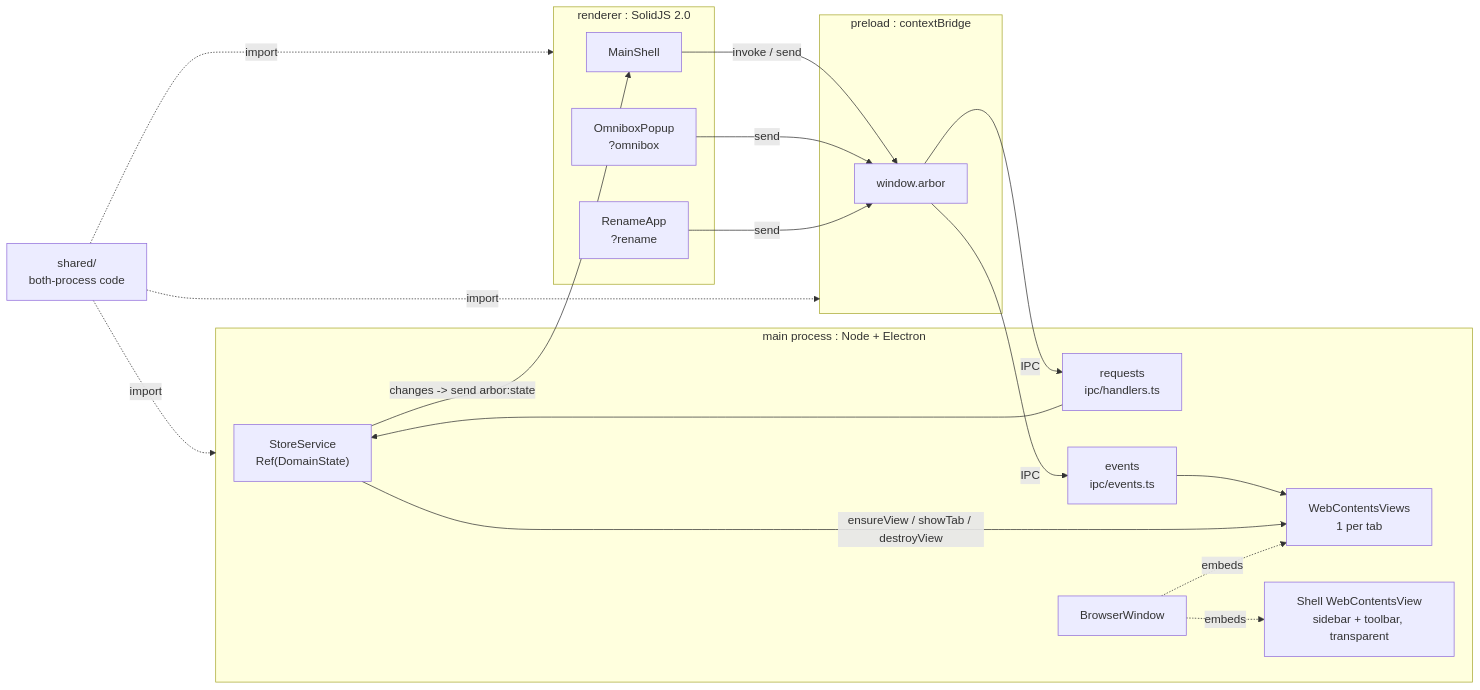
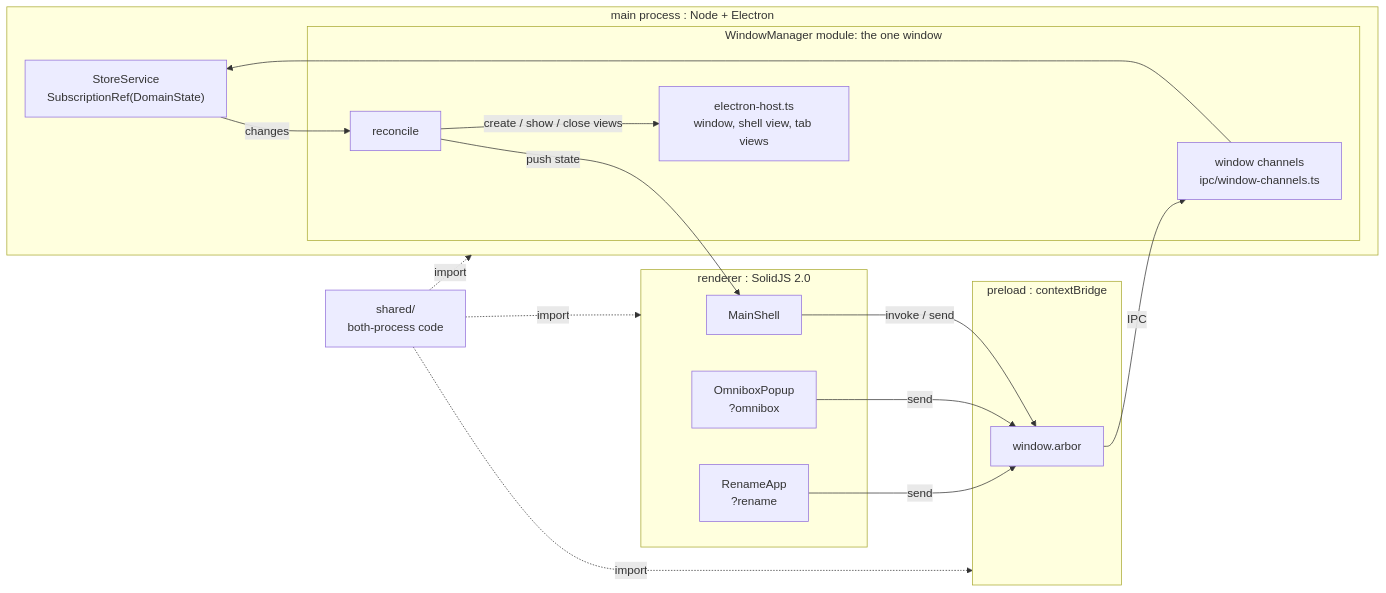
One commit to rom100main/arbor changed the diagram in docs/architecture/README.md. Above: the diagram before and after it, drawn with Mermaid. The commit also changed 3 other files, not shown here.

Commit message:
docs(architecture): extension handling use effect, simplify windows handling

````diff
--- a/docs/architecture/README.md
+++ b/docs/architecture/README.md
@@ -17,35 +17,32 @@
 ```mermaid
 flowchart LR
     subgraph Main["main process : Node + Electron"]
-        Store["StoreService<br/>Ref(DomainState)"]
-        IPC_H["requests<br/>ipc/handlers.ts"]
-        IPC_E["events<br/>ipc/events.ts"]
-        Views["WebContentsViews<br/>1 per tab"]
-        ShellV["Shell WebContentsView<br/>sidebar + toolbar, transparent"]
-        Win["BrowserWindow"]
+        Store["StoreService<br/>SubscriptionRef(DomainState)"]
+        subgraph MW["WindowManager module: the one window"]
+            IPC["window channels<br/>ipc/window-channels.ts"]
+            Rec["reconcile"]
+            Host["electron-host.ts<br/>window, shell view, tab views"]
+        end
     end
     subgraph Pre["preload : contextBridge"]
         API["window.arbor"]
     end
     subgraph Ren["renderer : SolidJS 2.0"]
         Shell["MainShell"]
         Omni["OmniboxPopup<br/>?omnibox"]
         Rename["RenameApp<br/>?rename"]
     end
     Shared["shared/<br/>both-process code"]
 
     Shell -->|"invoke / send"| API
     Omni -->|"send"| API
     Rename -->|"send"| API
-    API -->|"IPC"| IPC_H
-    API -->|"IPC"| IPC_E
-    IPC_H --> Store
-    IPC_E --> Views
-    Store -->|"changes -> send arbor:state"| Shell
-    Store -->|"ensureView / showTab / destroyView"| Views
-    Win -.->|"embeds"| Views
-    Win -.->|"embeds"| ShellV
+    API -->|"IPC"| IPC
+    IPC --> Store
+    Store -->|"changes"| Rec
+    Rec -->|"push state"| Shell
+    Rec -->|"create / show / close views"| Host
     Shared -.->|"import"| Main
     Shared -.->|"import"| Pre
     Shared -.->|"import"| Ren
 ```
````
